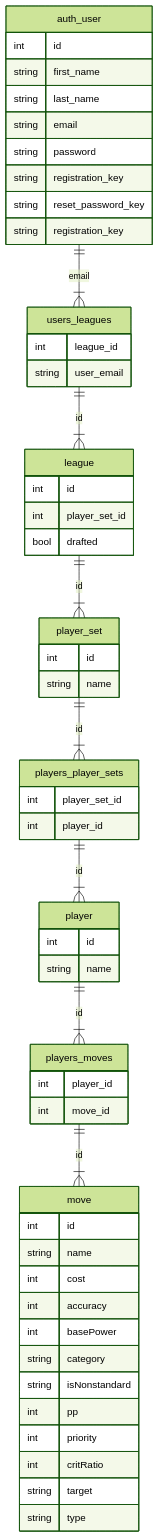
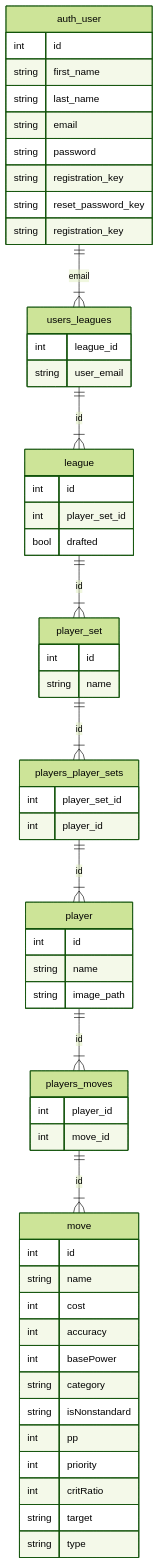
Before and after one commit to barry4356/FunkyMon: the second of 2 diagrams in applications/welcome/models/Datamodel.md, drawn with Mermaid (forest theme).

Commit message:
Add image_path field to player model

````diff
--- a/applications/welcome/models/Datamodel.md
+++ b/applications/welcome/models/Datamodel.md
@@ -19,60 +19,61 @@
 ```mermaid
 erDiagram
     auth_user ||--|{ users_leagues : email
     auth_user {
         int id
         string first_name
         string last_name
         string email
         string password
         string registration_key
         string reset_password_key
         string registration_key
     }
     users_leagues ||--|{ league : id
     users_leagues {
         int league_id
         string user_email
     }
     league ||--|{ player_set: id
     league {
         int id
         int player_set_id
         bool drafted
     }
     player_set ||--|{ players_player_sets : id
     player_set {
         int id
         string name
     }
     players_player_sets ||--|{ player : id
     players_player_sets {
         int player_set_id
         int player_id
     }
     player ||--|{ players_moves : id
     player {
         int id
         string name
+        string image_path
     }
     players_moves ||--|{ move : id
     players_moves {
         int player_id
         int move_id
     }
     move
     move {
         int id
         string name
         int cost
         int accuracy
         int basePower
         string category
         string isNonstandard
         int pp
         int priority
         int critRatio
         string target
         string type
     }
 ```
````
